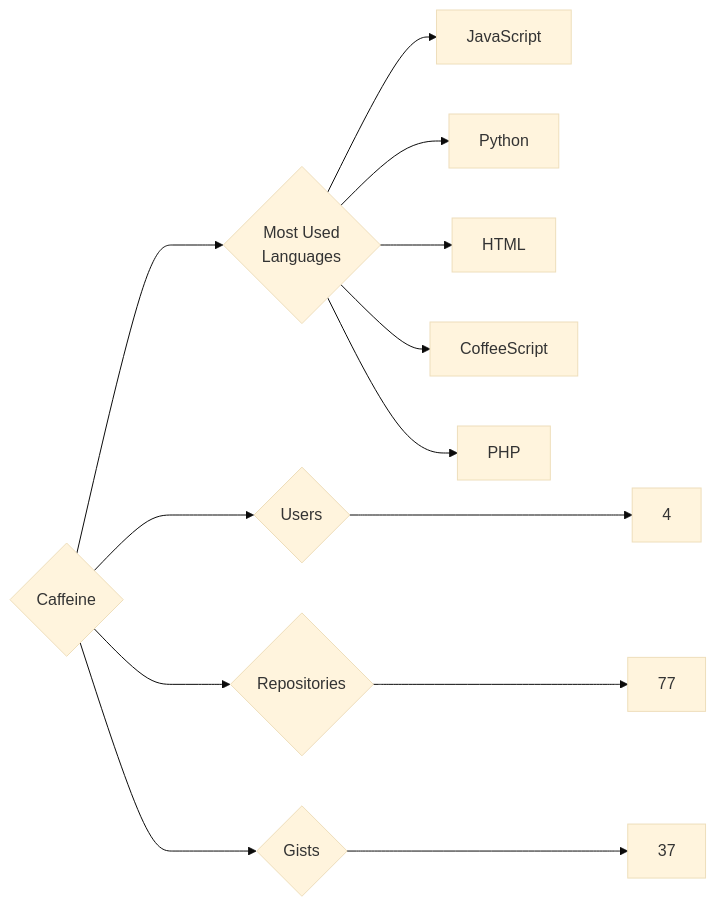
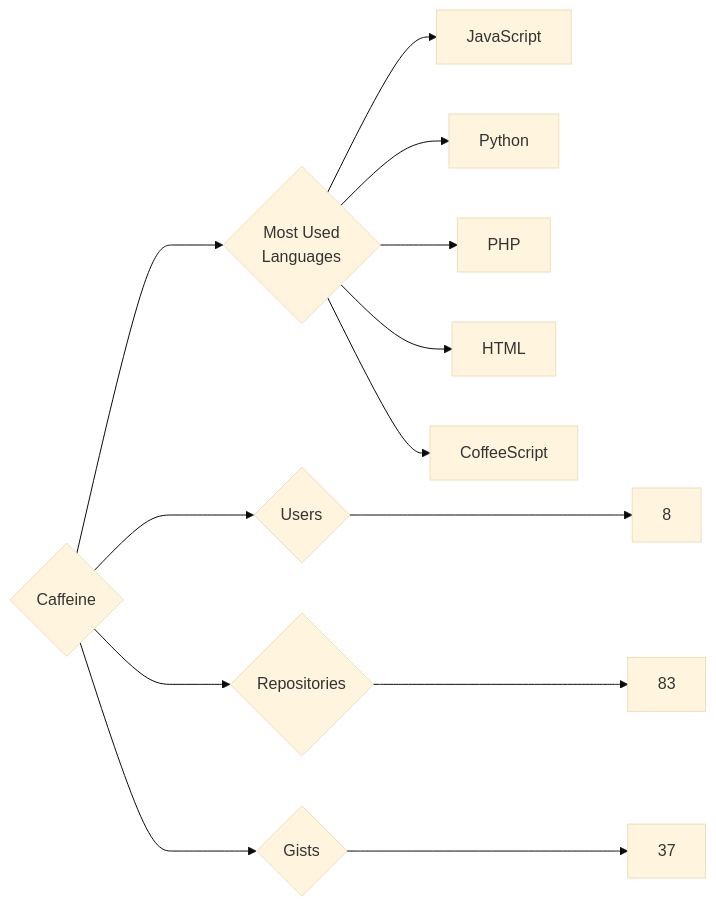
One commit to trickest/insiders changed the diagram in targets/Caffeine/README.md. Above: the diagram before and after it, drawn with Mermaid (base theme). The commit also changed 914 other files, not shown here.

````diff
--- a/targets/Caffeine/README.md
+++ b/targets/Caffeine/README.md
@@ -3,13 +3,13 @@
 ```mermaid
 graph LR
 COMPANY_NAME{Caffeine}
-COMPANY_NAME ---> U{Users} ---> UN[4]
-COMPANY_NAME ---> R{Repositories} ---> RN[77]
+COMPANY_NAME ---> U{Users} ---> UN[8]
+COMPANY_NAME ---> R{Repositories} ---> RN[83]
 COMPANY_NAME ---> G{Gists} ---> GN[37]
 COMPANY_NAME ---> ML{Most Used<br>Languages}
 ML --> JavaScript[JavaScript]
 ML --> Python[Python]
+ML --> PHP[PHP]
 ML --> HTML[HTML]
 ML --> CoffeeScript[CoffeeScript]
-ML --> PHP[PHP]
 ```
````
